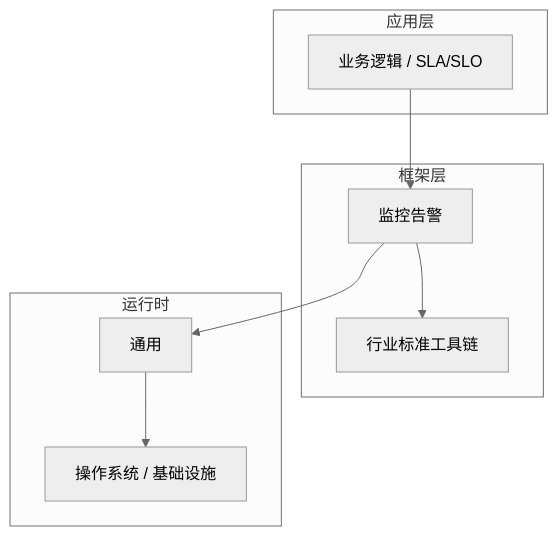
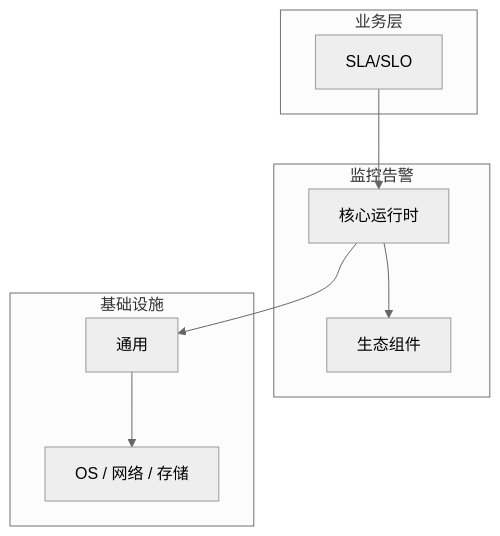
One commit to yanggan2015/knowledge-json-v2 changed the diagram in articles/监控告警/chapters/061-SLASLO核心概念与原理.md. Above: the diagram before and after it, drawn with Mermaid (neutral theme). The commit also changed other lines of this file and 10127 other files, not shown here.

````diff
--- a/articles/监控告警/chapters/061-SLASLO核心概念与原理.md
+++ b/articles/监控告警/chapters/061-SLASLO核心概念与原理.md
@@ -45,18 +34,18 @@
 ```mermaid
 graph TB
-    subgraph 应用层
-        A[业务逻辑 / SLA/SLO]
+    subgraph 业务层
+        A[SLA/SLO]
     end
-    subgraph 框架层
-        B[监控告警]
-        C[行业标准工具链]
+    subgraph 监控告警
+        B[核心运行时]
+        C[生态组件]
     end
-    subgraph 运行时
+    subgraph 基础设施
         D[通用]
-        E[操作系统 / 基础设施]
+        E[OS / 网络 / 存储]
     end
     A --> B
     B --> C
     B --> D
     D --> E
 ```
````
